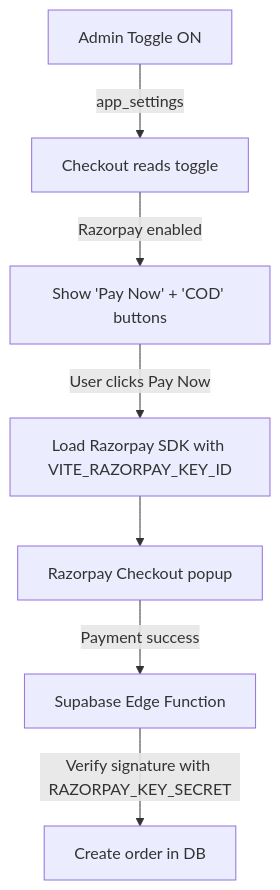
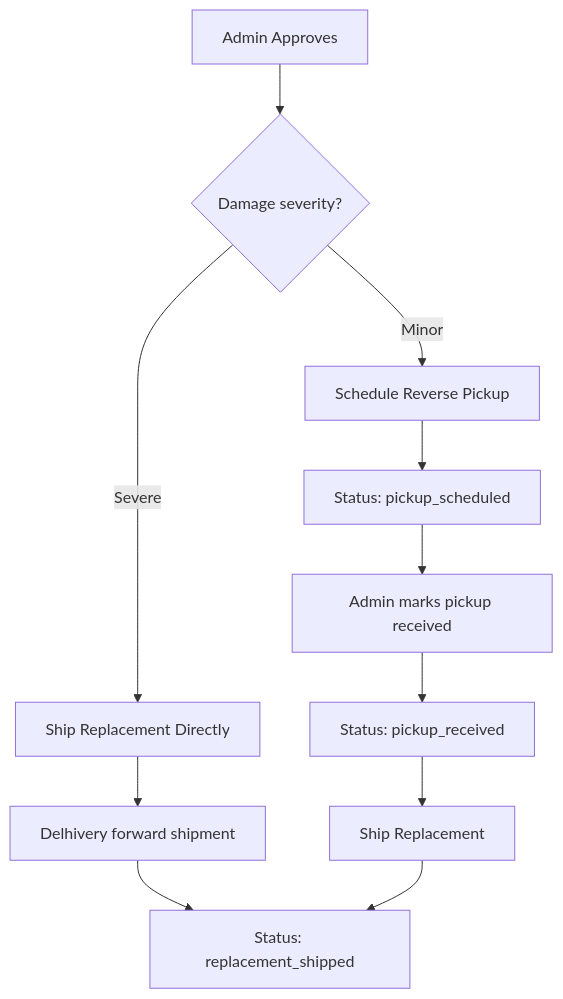
Before and after one commit to ahammedejaz/coreAtoms: the diagram in frontend/src/razor_pay_plan/implementation_plan.md, drawn with Mermaid. The commit also changed other lines of this file and 7 other files, not shown here.

````diff
--- a/frontend/src/razor_pay_plan/implementation_plan.md
+++ b/frontend/src/razor_pay_plan/implementation_plan.md
@@ -7,9 +7,13 @@
 ```mermaid
-flowchart TD
-    A[Admin Toggle ON] -->|app_settings| B[Checkout reads toggle]
-    B -->|Razorpay enabled| C[Show 'Pay Now' + 'COD' buttons]
-    C -->|User clicks Pay Now| D[Load Razorpay SDK with VITE_RAZORPAY_KEY_ID]
-    D --> E[Razorpay Checkout popup]
-    E -->|Payment success| F[Supabase Edge Function]
-    F -->|Verify signature with RAZORPAY_KEY_SECRET| G[Create order in DB]
+graph TD
+    A[Admin Approves] --> B{Damage severity?}
+    B -- Severe --> C[Ship Replacement Directly]
+    C --> D[Delhivery forward shipment]
+    D --> E[Status: replacement_shipped]
+    B -- Minor --> F[Schedule Reverse Pickup]
+    F --> G[Status: pickup_scheduled]
+    G --> H[Admin marks pickup received]
+    H --> I[Status: pickup_received]
+    I --> J[Ship Replacement]
+    J --> E
 ```
````
